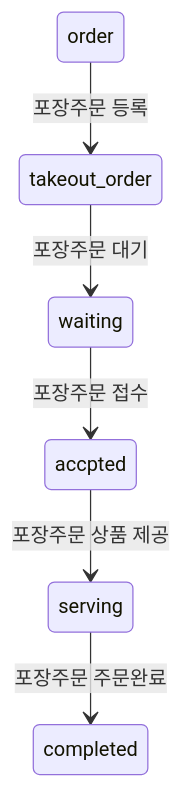
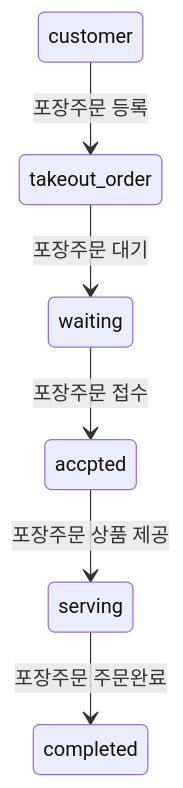
The sixth of 6 diagrams in README.md (jinyoonYang/ddd-strategic-design), drawn with Mermaid before and after one commit. The commit also changed other lines of this file and 6 other files, not shown here.

````diff
--- a/README.md
+++ b/README.md
@@ -334,9 +333,9 @@
 ```mermaid
 stateDiagram-v2
-  table: order
+  table: customer
   table --> takeout_order: 포장주문 등록
   takeout_order --> waiting : 포장주문 대기
   waiting --> accpted : 포장주문 접수
   accpted --> serving : 포장주문 상품 제공
   serving --> completed : 포장주문 주문완료
 ```
````
